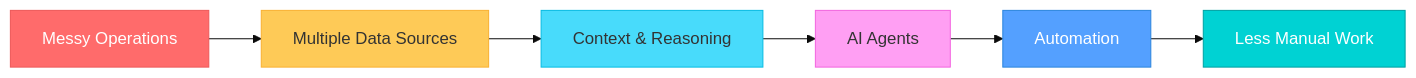
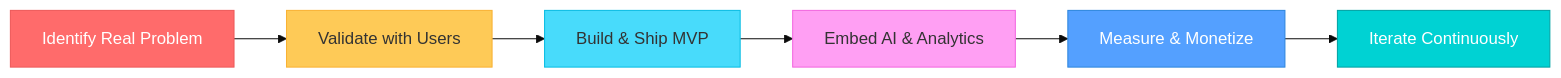
One commit to bohrarahul/bohrarahul changed the diagram in README.md. Above: the diagram before and after it, drawn with Mermaid (base theme). The commit also changed other lines of this file, not shown here.

````diff
--- a/README.md
+++ b/README.md
@@ -126,15 +140,15 @@
 ```mermaid
 graph LR
-    A[Messy Operations] --> B[Multiple Data Sources]
-    B --> C[Context & Reasoning]
-    C --> D[AI Agents]
-    D --> E[Automation]
-    E --> F[Less Manual Work]
+    A[Identify Real Problem] --> B[Validate with Users]
+    B --> C[Build & Ship MVP]
+    C --> D[Embed AI & Analytics]
+    D --> E[Measure & Monetize]
+    E --> F[Iterate Continuously]
     
     style A fill:#ff6b6b,stroke:#ee5a5a,color:#fff
     style B fill:#feca57,stroke:#f9b234,color:#333
     style C fill:#48dbfb,stroke:#0abde3,color:#333
     style D fill:#ff9ff3,stroke:#f368e0,color:#333
     style E fill:#54a0ff,stroke:#2e86de,color:#fff
     style F fill:#00d2d3,stroke:#01a3a4,color:#fff
 ```
````
